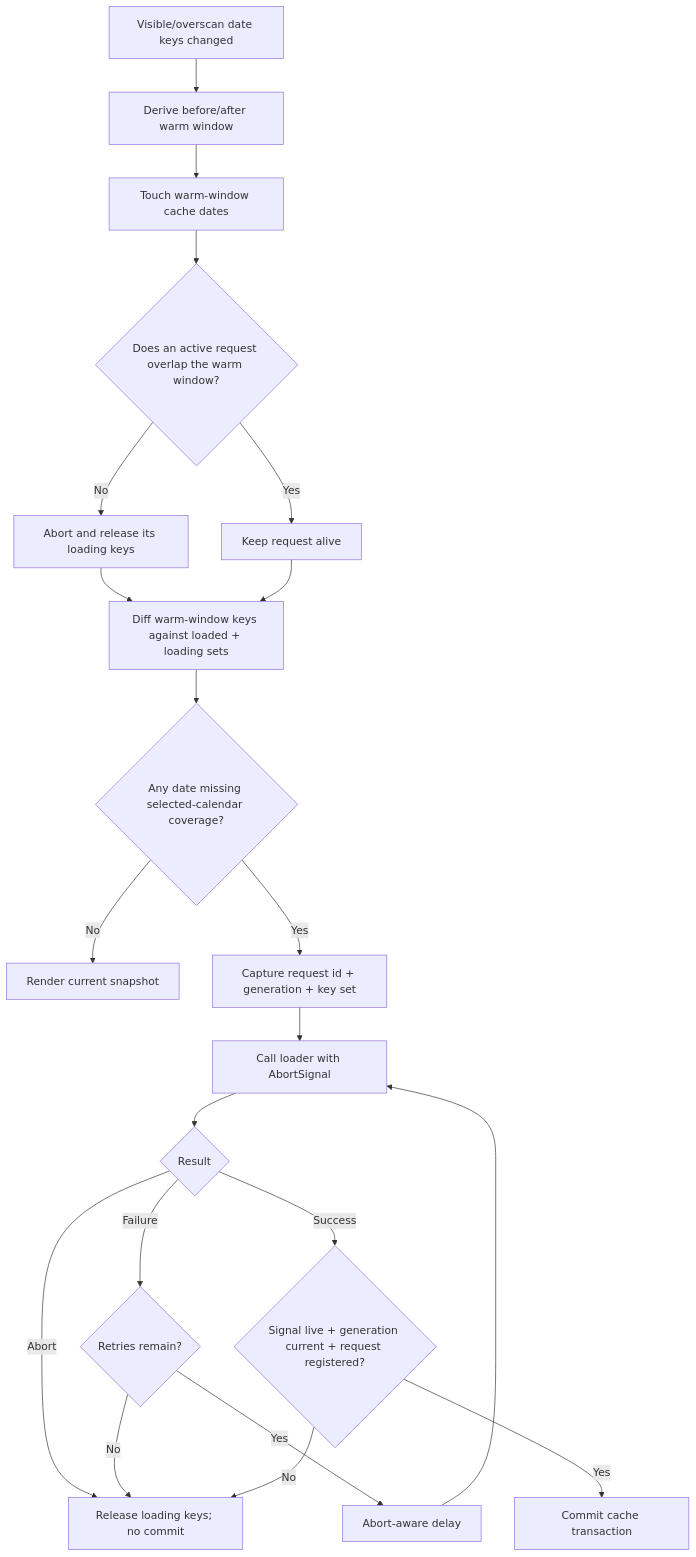
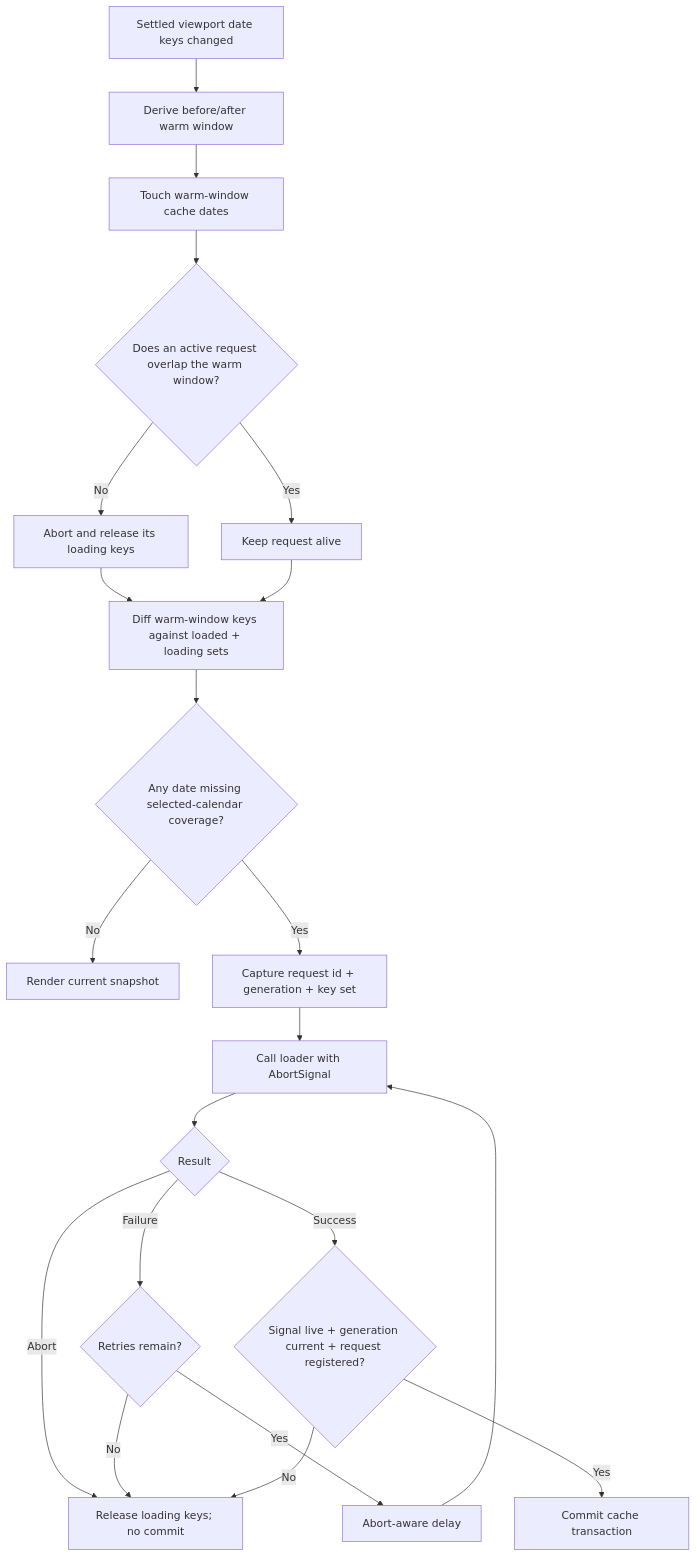
Before and after one commit to junomedical/quno-calendar: the third of 6 diagrams in docs/infinite-calendar/flows/async-loading-and-layout.md, drawn with Mermaid. The commit also changed other lines of this file and 41 other files, not shown here.

First line of the commit message:
fix: keep calendar loading tied to the visible viewport

````diff
--- a/docs/infinite-calendar/flows/async-loading-and-layout.md
+++ b/docs/infinite-calendar/flows/async-loading-and-layout.md
@@ -99,23 +101,23 @@
 ```mermaid
 flowchart TD
-  Visible["Visible/overscan date keys changed"] --> Policy["Derive before/after warm window"]
+  Visible["Settled viewport date keys changed"] --> Policy["Derive before/after warm window"]
   Policy --> Update["Touch warm-window cache dates"]
   Update --> Active{"Does an active request overlap the warm window?"}
   Active -->|No| Abort["Abort and release its loading keys"]
   Active -->|Yes| Keep["Keep request alive"]
   Abort --> Diff
   Keep --> Diff["Diff warm-window keys against loaded + loading sets"]
   Diff --> Range{"Any date missing selected-calendar coverage?"}
   Range -->|No| Done["Render current snapshot"]
   Range -->|Yes| Begin["Capture request id + generation + key set"]
   Begin --> Fetch["Call loader with AbortSignal"]
   Fetch --> Result{"Result"}
   Result -->|Abort| Release["Release loading keys; no commit"]
   Result -->|Failure| Retry{"Retries remain?"}
   Retry -->|Yes| Wait["Abort-aware delay"]
   Wait --> Fetch
   Retry -->|No| Release
   Result -->|Success| Current{"Signal live + generation current + request registered?"}
   Current -->|No| Release
   Current -->|Yes| Commit["Commit cache transaction"]
 ```
````
